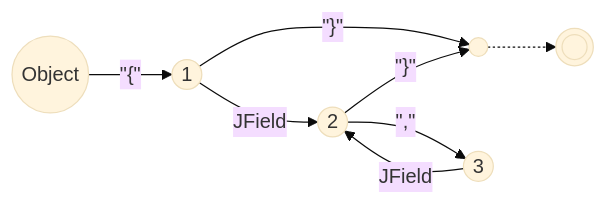
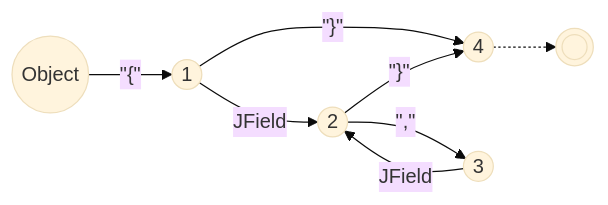
Before and after one commit to vczh-websites/vczh: the second of 2 diagrams in Blog/GLR-Refactoring/Mermaid.md, drawn with Mermaid (base theme).

````diff
--- a/Blog/GLR-Refactoring/Mermaid.md
+++ b/Blog/GLR-Refactoring/Mermaid.md
@@ -22,10 +22,10 @@
 ```mermaid
 graph LR
   S((Object))-- #quot;{#quot; -->1
   1((1))-- #quot;}#quot; -->4
   1-- JField -->2
   2((2))-- #quot;}#quot; -->4
   2-- #quot;,#quot; -->3
   3((3))-- JField -->2
-  4(( ))-.->E((( )))
+  4((4))-.->E((( )))
 ```
````
